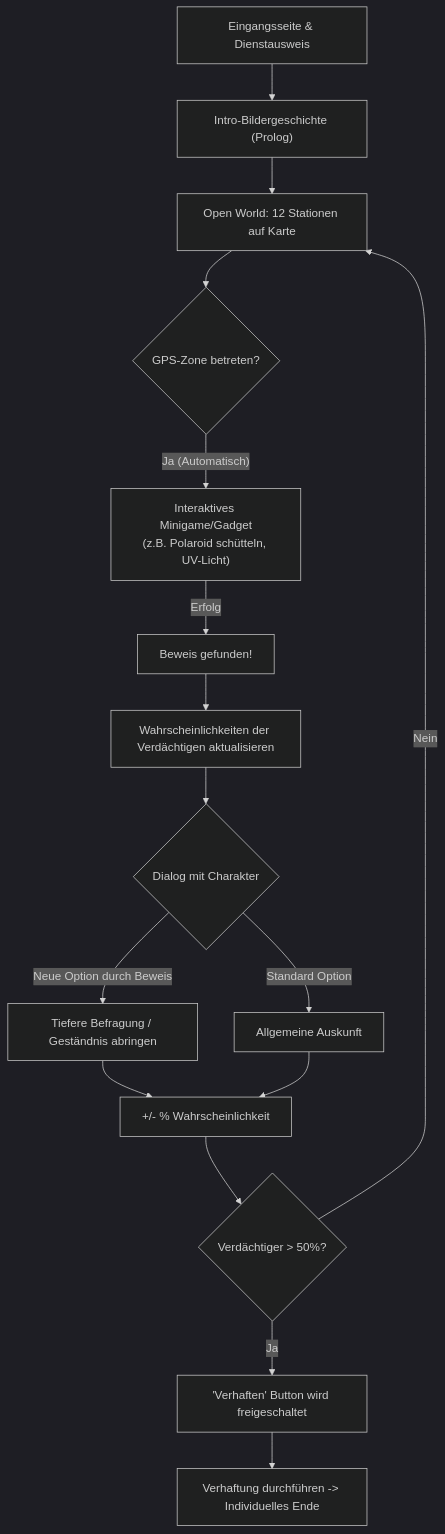
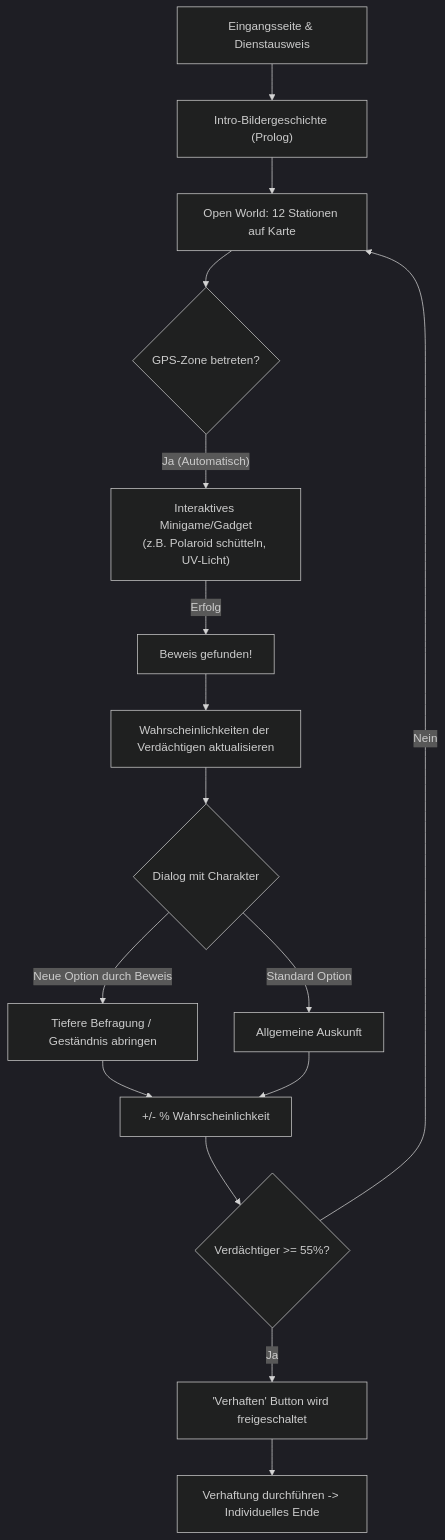
Before and after one commit to Versteckules/KrimiHof: the diagram in KONZEPT2.md, drawn with Mermaid (dark theme). The commit also changed other lines of this file and 22 other files, not shown here.

````diff
--- a/KONZEPT2.md
+++ b/KONZEPT2.md
@@ -35,24 +37,24 @@
 ```mermaid
 flowchart TD
     Start["Eingangsseite & Dienstausweis"] --> Intro["Intro-Bildergeschichte (Prolog)"]
     Intro --> OpenWorld["Open World: 12 Stationen auf Karte"]
     
     OpenWorld --> Geofence{"GPS-Zone betreten?"}
     Geofence -- "Ja (Automatisch)" --> Gadget["Interaktives Minigame/Gadget<br>(z.B. Polaroid schütteln, UV-Licht)"]
     
     Gadget -- "Erfolg" --> Beweis["Beweis gefunden!"]
     Beweis --> UpdateProb["Wahrscheinlichkeiten der Verdächtigen aktualisieren"]
     UpdateProb --> DialogChoice{"Dialog mit Charakter"}
     
     DialogChoice -- "Neue Option durch Beweis" --> BranchA["Tiefere Befragung / Geständnis abringen"]
     DialogChoice -- "Standard Option" --> BranchB["Allgemeine Auskunft"]
     
     BranchA --> ProbChange["+/- % Wahrscheinlichkeit"]
     BranchB --> ProbChange
     
-    ProbChange --> CheckArrest{"Verdächtiger > 50%?"}
+    ProbChange --> CheckArrest{"Verdächtiger >= 55%?"}
     CheckArrest -- "Ja" --> ArrestUnlock["'Verhaften' Button wird freigeschaltet"]
     CheckArrest -- "Nein" --> OpenWorld
     
     ArrestUnlock --> Finale["Verhaftung durchführen -> Individuelles Ende"]
 ```
````
